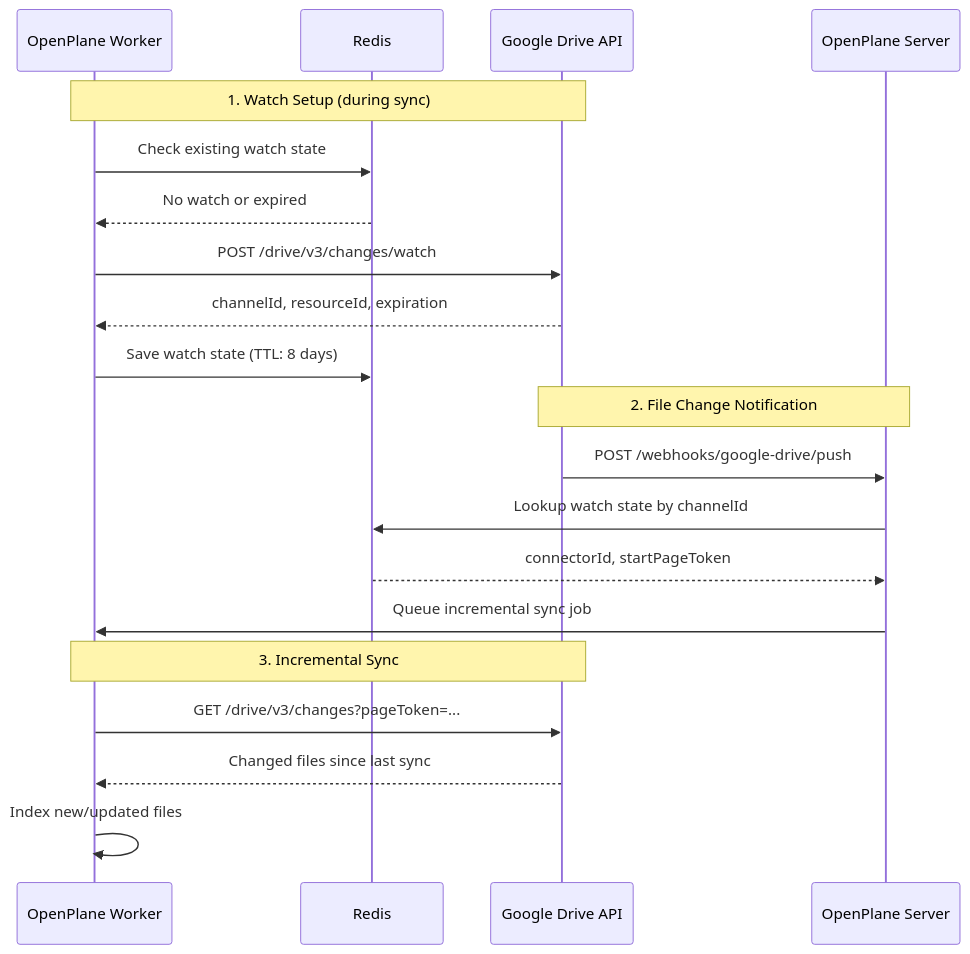
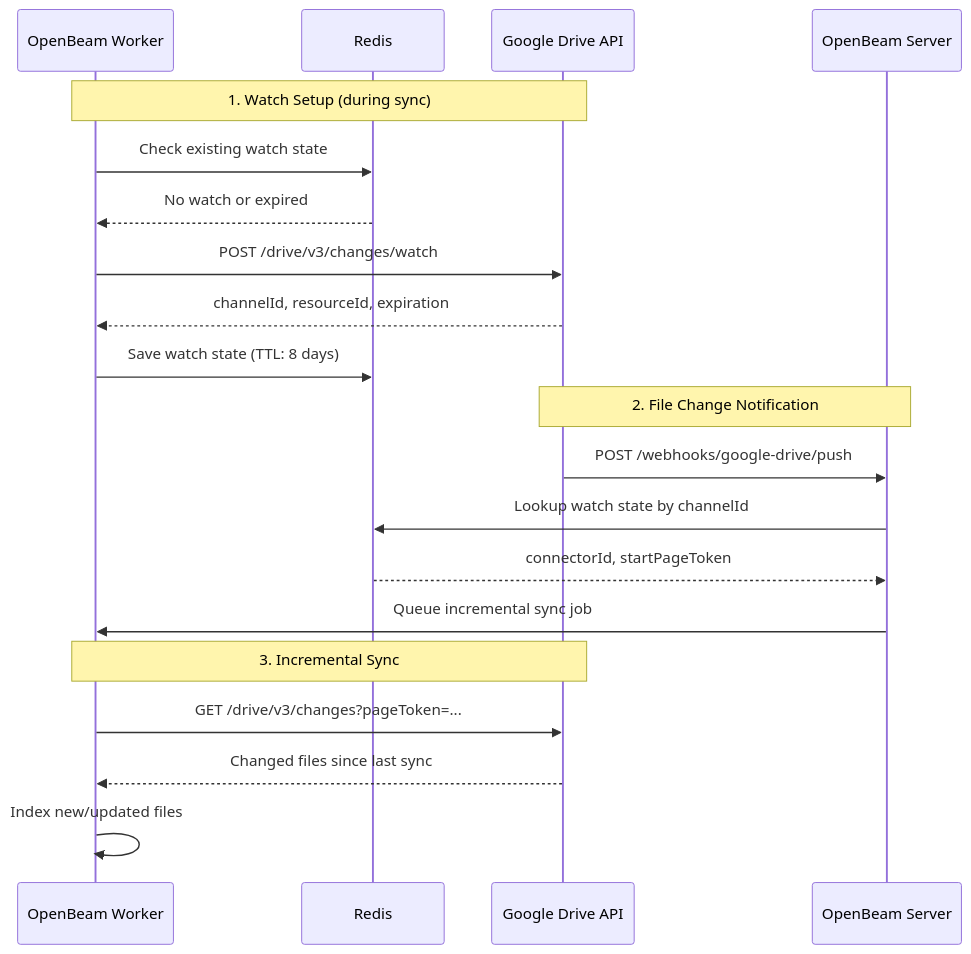
The first of 6 diagrams in apps/docs/content/docs/connectors/google-drive/real-time-sync.mdx (kuluruvineeth/openbeam), drawn with Mermaid before and after one commit. The commit also changed other lines of this file and 2527 other files, not shown here.

````diff
--- a/apps/docs/content/docs/connectors/google-drive/real-time-sync.mdx
+++ b/apps/docs/content/docs/connectors/google-drive/real-time-sync.mdx
@@ -15,25 +15,25 @@
 ```mermaid
 sequenceDiagram
-    participant Worker as OpenPlane Worker
+    participant Worker as OpenBeam Worker
     participant Redis as Redis
     participant Google as Google Drive API
-    participant Server as OpenPlane Server
+    participant Server as OpenBeam Server
 
     Note over Worker,Google: 1. Watch Setup (during sync)
     Worker->>Redis: Check existing watch state
     Redis-->>Worker: No watch or expired
     Worker->>Google: POST /drive/v3/changes/watch
     Google-->>Worker: channelId, resourceId, expiration
     Worker->>Redis: Save watch state (TTL: 8 days)
 
     Note over Google,Server: 2. File Change Notification
     Google->>Server: POST /webhooks/google-drive/push
     Server->>Redis: Lookup watch state by channelId
     Redis-->>Server: connectorId, startPageToken
     Server->>Worker: Queue incremental sync job
 
     Note over Worker,Google: 3. Incremental Sync
     Worker->>Google: GET /drive/v3/changes?pageToken=...
     Google-->>Worker: Changed files since last sync
     Worker->>Worker: Index new/updated files
 ```
````
